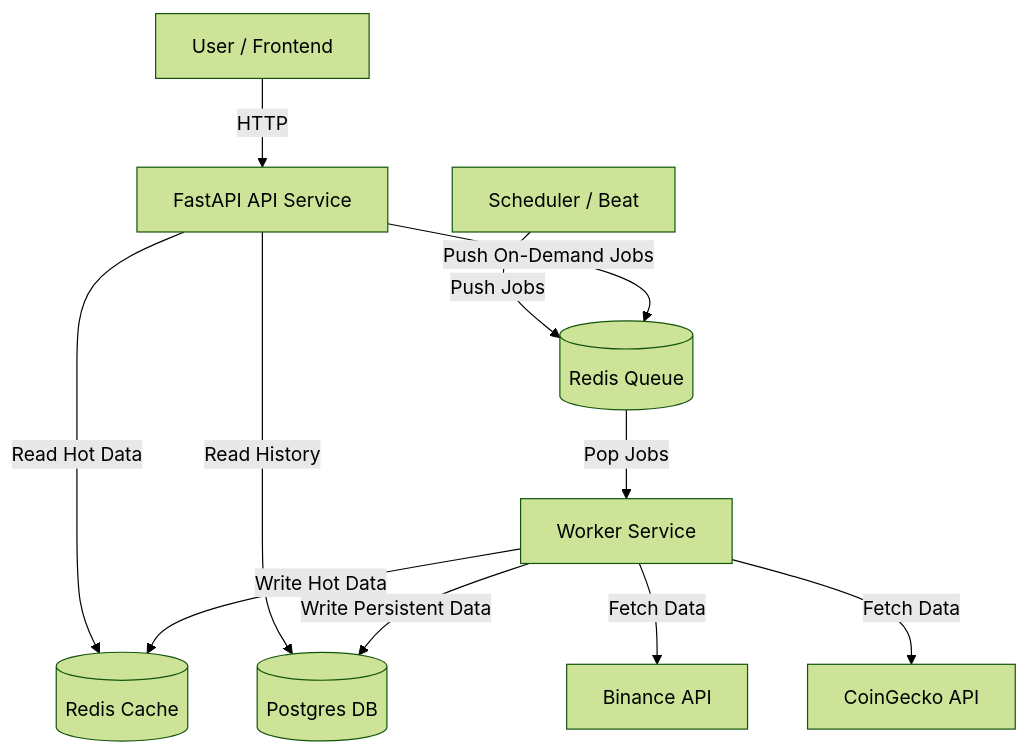
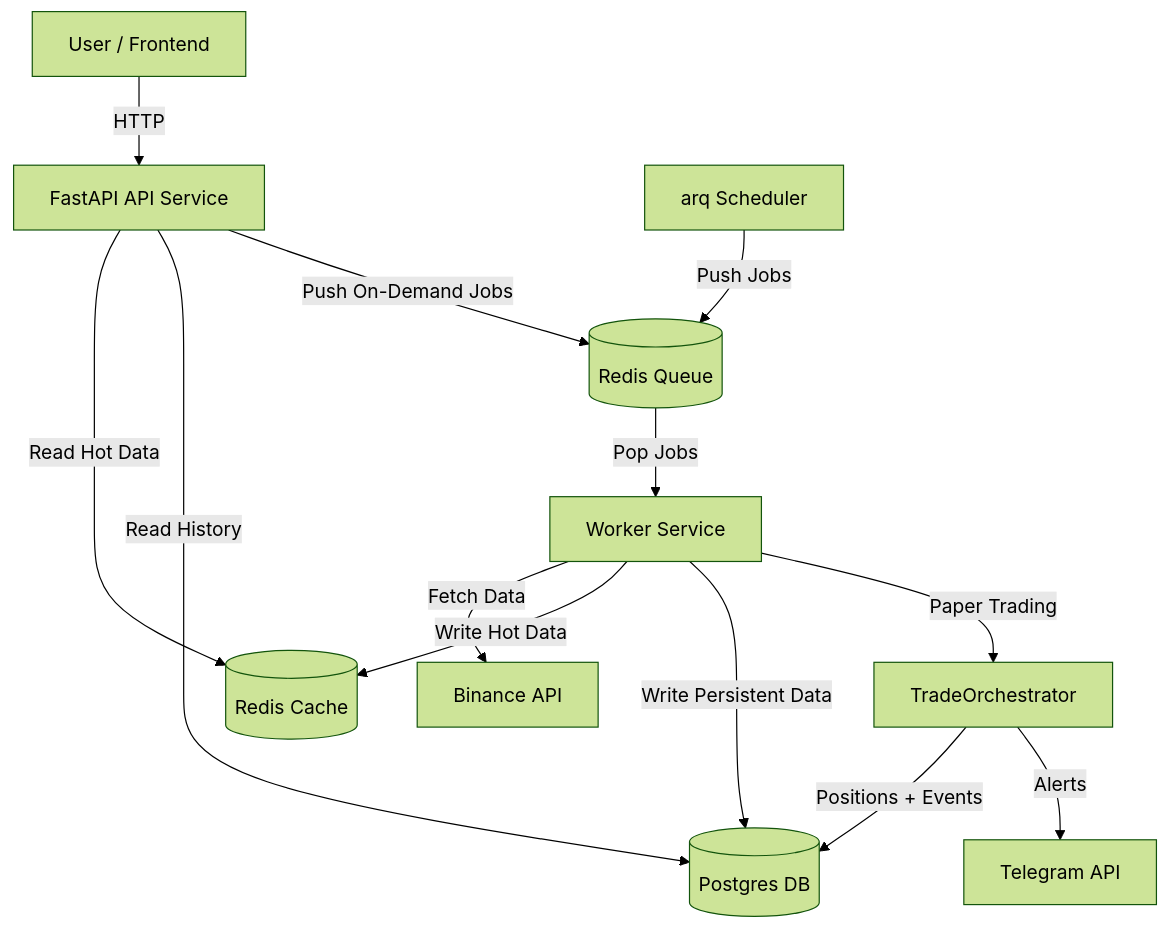
Before and after one commit to cipher-caster/argus: the diagram in docs/backend/ARCHITECTURE.md, drawn with Mermaid (forest theme). The commit also changed other lines of this file and 8 other files, not shown here.

````diff
--- a/docs/backend/ARCHITECTURE.md
+++ b/docs/backend/ARCHITECTURE.md
@@ -10,19 +10,20 @@
 ```mermaid
 graph TD
     User[User / Frontend] -->|HTTP| API[FastAPI API Service]
     API -->|Read Hot Data| Redis[(Redis Cache)]
     API -->|Read History| DB[(Postgres DB)]
 
-    Scheduler[Scheduler / Beat] -->|Push Jobs| Queue[(Redis Queue)]
+    Scheduler[arq Scheduler] -->|Push Jobs| Queue[(Redis Queue)]
     API -->|Push On-Demand Jobs| Queue
 
     Queue -->|Pop Jobs| Worker[Worker Service]
 
     Worker -->|Fetch Data| Binance[Binance API]
-    Worker -->|Fetch Data| CoinGecko[CoinGecko API]
 
     Worker -->|Write Hot Data| Redis
     Worker -->|Write Persistent Data| DB
 
-
+    Worker -->|Paper Trading| Orchestrator[TradeOrchestrator]
+    Orchestrator -->|Positions + Events| DB
+    Orchestrator -->|Alerts| Telegram[Telegram API]
 ```
````
